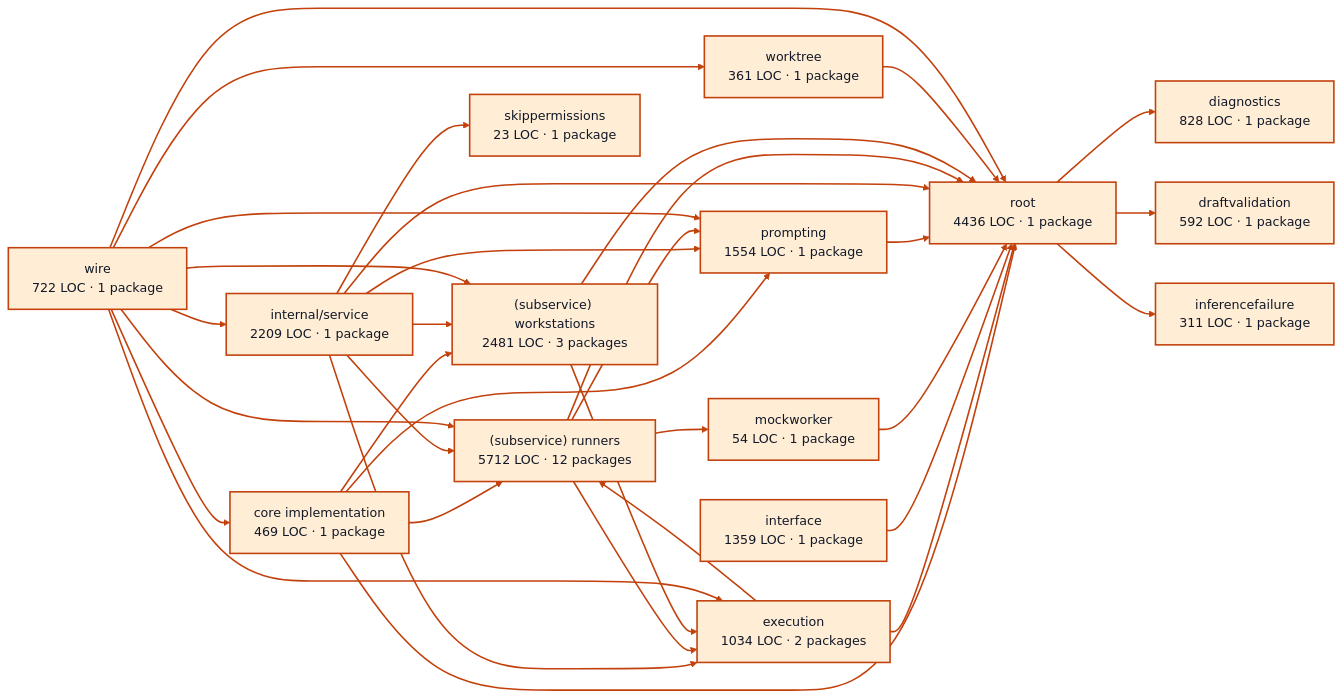
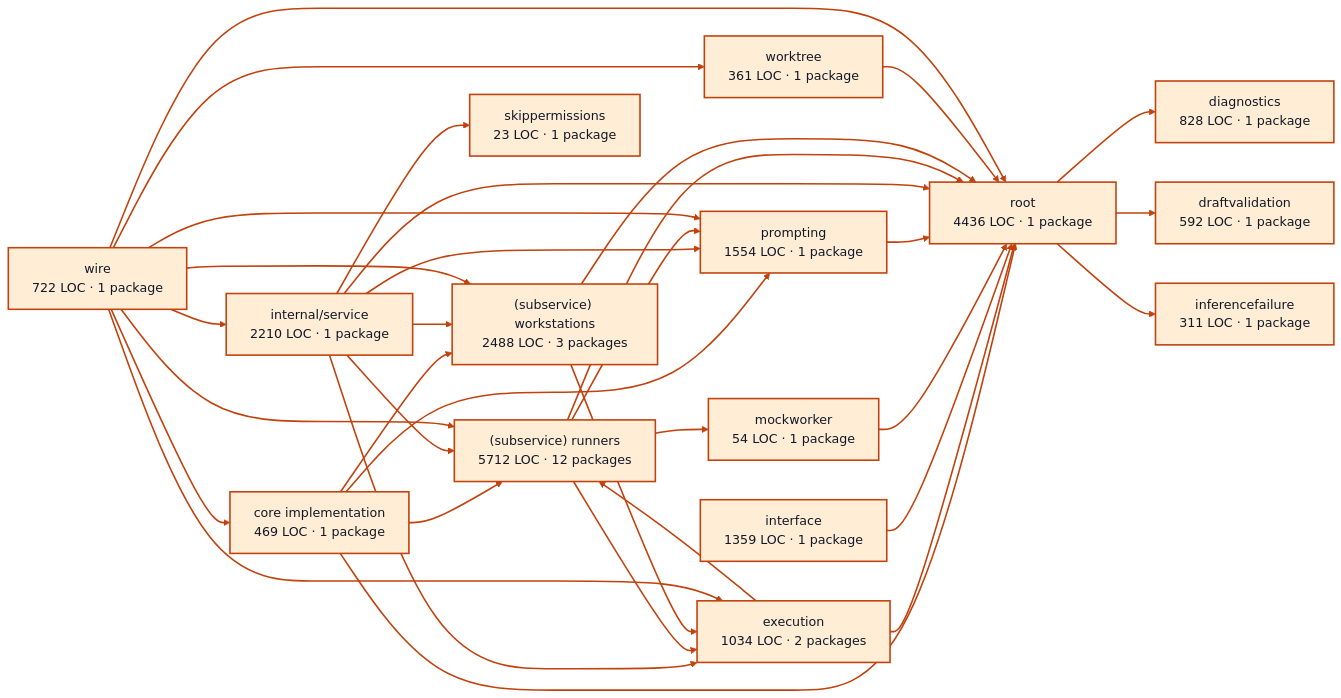
The diagram in docs/architecture/visualizations/services/workers.md (portpowered/you-agent-factory), drawn with Mermaid before and after one commit. The commit also changed other lines of this file and 20 other files, not shown here.

Commit message:
docs: refresh backend architecture visualizations

````diff
--- a/docs/architecture/visualizations/services/workers.md
+++ b/docs/architecture/visualizations/services/workers.md
@@ -11,67 +11,67 @@
 ```mermaid
 flowchart LR
   p0["core implementation<br/>469 LOC · 1 package"]
   p1["diagnostics<br/>828 LOC · 1 package"]
   p2["draftvalidation<br/>592 LOC · 1 package"]
   p3["execution<br/>1034 LOC · 2 packages"]
   p4["inferencefailure<br/>311 LOC · 1 package"]
   p5["interface<br/>1359 LOC · 1 package"]
   p6["mockworker<br/>54 LOC · 1 package"]
   p7["prompting<br/>1554 LOC · 1 package"]
-  p8["internal/service<br/>2209 LOC · 1 package"]
+  p8["internal/service<br/>2210 LOC · 1 package"]
   p9["(subservice) runners<br/>5712 LOC · 12 packages"]
-  p10["(subservice) workstations<br/>2481 LOC · 3 packages"]
+  p10["(subservice) workstations<br/>2488 LOC · 3 packages"]
   p11["skippermissions<br/>23 LOC · 1 package"]
   p12["worktree<br/>361 LOC · 1 package"]
   p13["root<br/>4436 LOC · 1 package"]
   p14["wire<br/>722 LOC · 1 package"]
   p0 --> p7
   p0 --> p9
   p0 --> p10
   p0 --> p13
   p3 --> p9
   p3 --> p13
   p5 --> p13
   p6 --> p13
   p7 --> p13
   p8 --> p3
   p8 --> p7
   p8 --> p9
   p8 --> p10
   p8 --> p11
   p8 --> p13
   p9 --> p3
   p9 --> p6
   p9 --> p7
   p9 --> p13
   p10 --> p3
   p10 --> p13
   p12 --> p13
   p13 --> p1
   p13 --> p2
   p13 --> p4
   p14 --> p0
   p14 --> p3
   p14 --> p7
   p14 --> p8
   p14 --> p9
   p14 --> p10
   p14 --> p12
   p14 --> p13
   style p0 fill:#ffedd5,stroke:#c2410c,stroke-width:2px,color:#111827
   style p1 fill:#ffedd5,stroke:#c2410c,stroke-width:2px,color:#111827
   style p2 fill:#ffedd5,stroke:#c2410c,stroke-width:2px,color:#111827
   style p3 fill:#ffedd5,stroke:#c2410c,stroke-width:2px,color:#111827
   style p4 fill:#ffedd5,stroke:#c2410c,stroke-width:2px,color:#111827
   style p5 fill:#ffedd5,stroke:#c2410c,stroke-width:2px,color:#111827
   style p6 fill:#ffedd5,stroke:#c2410c,stroke-width:2px,color:#111827
   style p7 fill:#ffedd5,stroke:#c2410c,stroke-width:2px,color:#111827
   style p8 fill:#ffedd5,stroke:#c2410c,stroke-width:2px,color:#111827
   style p9 fill:#ffedd5,stroke:#c2410c,stroke-width:2px,color:#111827
   style p10 fill:#ffedd5,stroke:#c2410c,stroke-width:2px,color:#111827
   style p11 fill:#ffedd5,stroke:#c2410c,stroke-width:2px,color:#111827
   style p12 fill:#ffedd5,stroke:#c2410c,stroke-width:2px,color:#111827
   style p13 fill:#ffedd5,stroke:#c2410c,stroke-width:2px,color:#111827
   style p14 fill:#ffedd5,stroke:#c2410c,stroke-width:2px,color:#111827
   linkStyle default stroke:#c2410c,stroke-width:2px
 ```
````
